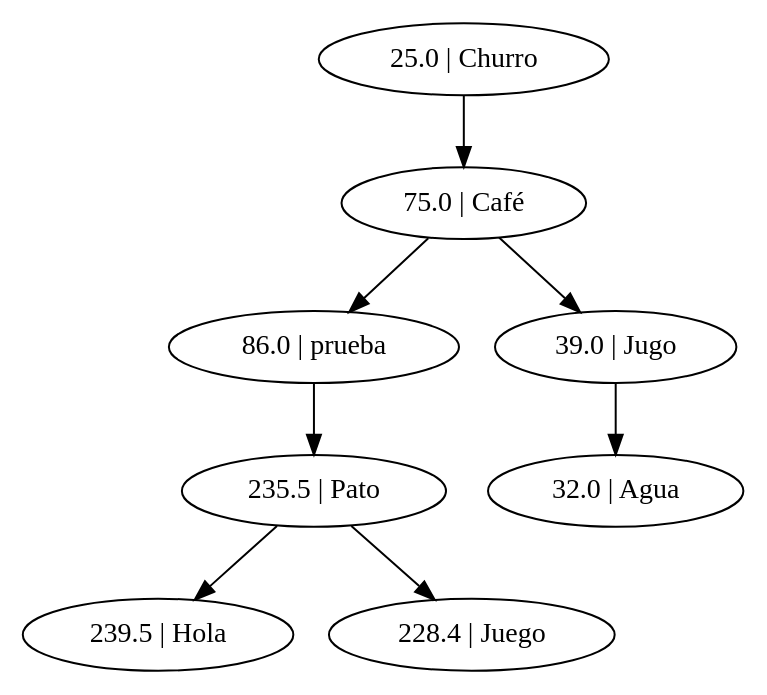
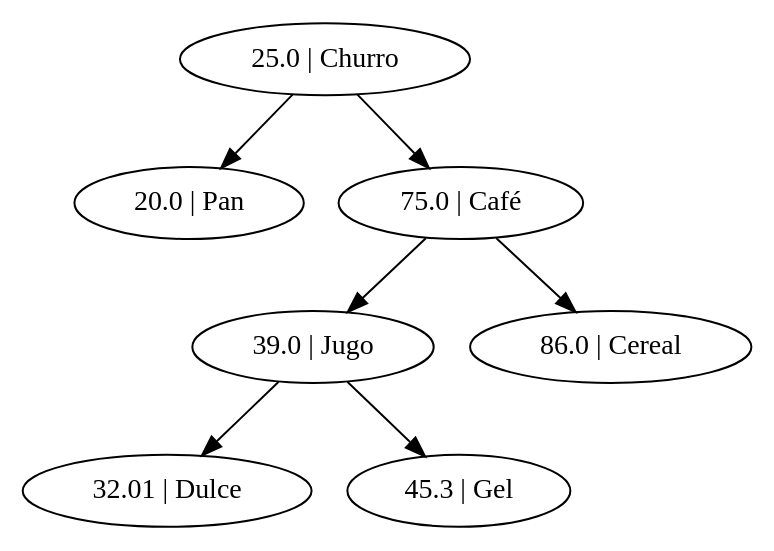
The diagram in Unidad I/PAC III 2019/Proyecto 1/Python/Memoria/test.dot (BryanBlacks/Algoritmos-y-Estructuras-de-Datos), drawn with Graphviz before and after one commit. The commit also changed 10 other files, not shown here.

```diff
--- a/Unidad I/PAC III 2019/Proyecto 1/Python/Memoria/test.dot
+++ b/Unidad I/PAC III 2019/Proyecto 1/Python/Memoria/test.dot
@@ -1,9 +1,8 @@
-strict digraph  {
-	"235.5 | Pato" -> "239.5 | Hola";
-	"235.5 | Pato" -> "228.4 | Juego";
-	"86.0 | prueba" -> "235.5 | Pato";
-	"39.0 | Jugo" -> "32.0 | Agua";
-	"75.0 | Café" -> "86.0 | prueba";
+strict digraph "" {
+	"25.0 | Churro" -> "20.0 | Pan";
+	"25.0 | Churro" -> "75.0 | Café";
 	"75.0 | Café" -> "39.0 | Jugo";
-	"25.0 | Churro" -> "75.0 | Café";
+	"75.0 | Café" -> "86.0 | Cereal";
+	"39.0 | Jugo" -> "32.01 | Dulce";
+	"39.0 | Jugo" -> "45.3 | Gel";
 }
```
